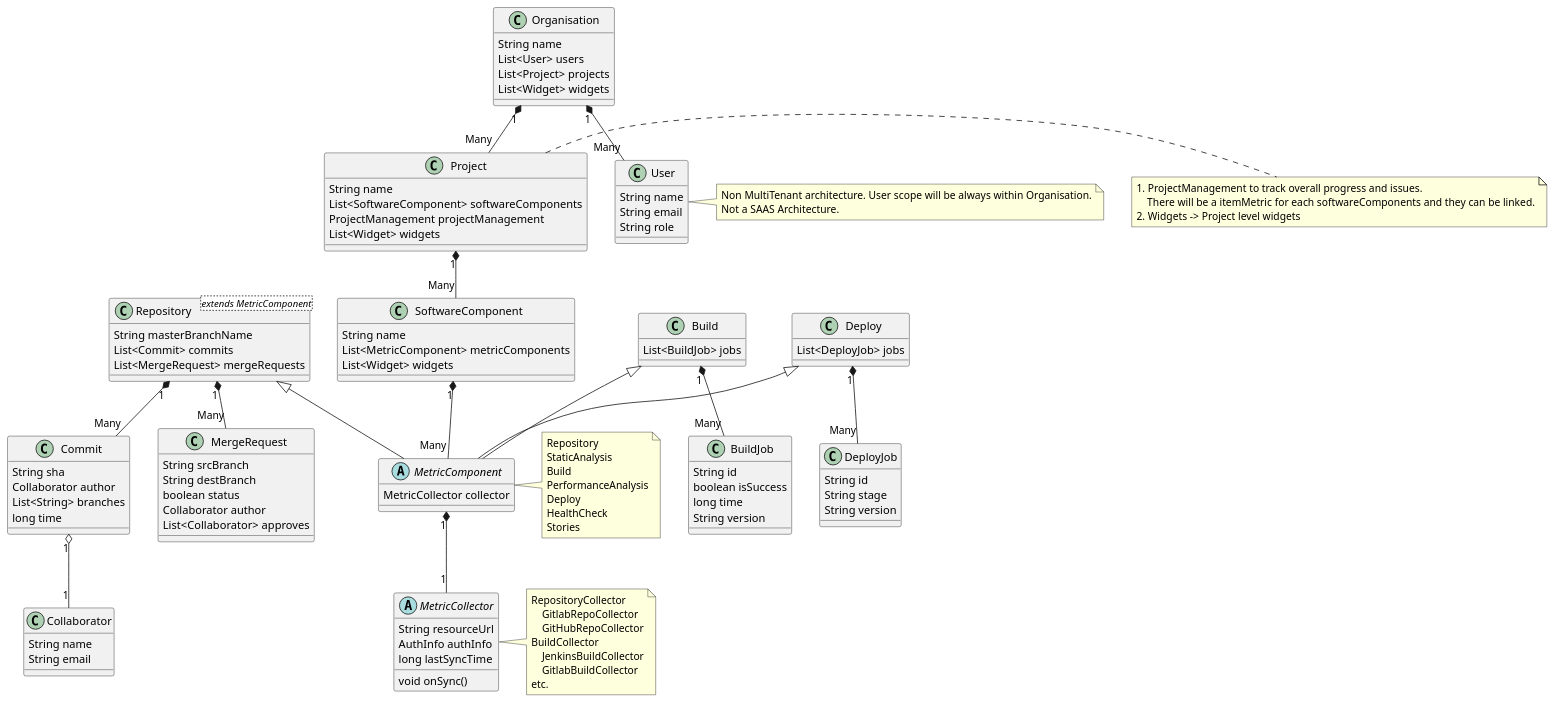
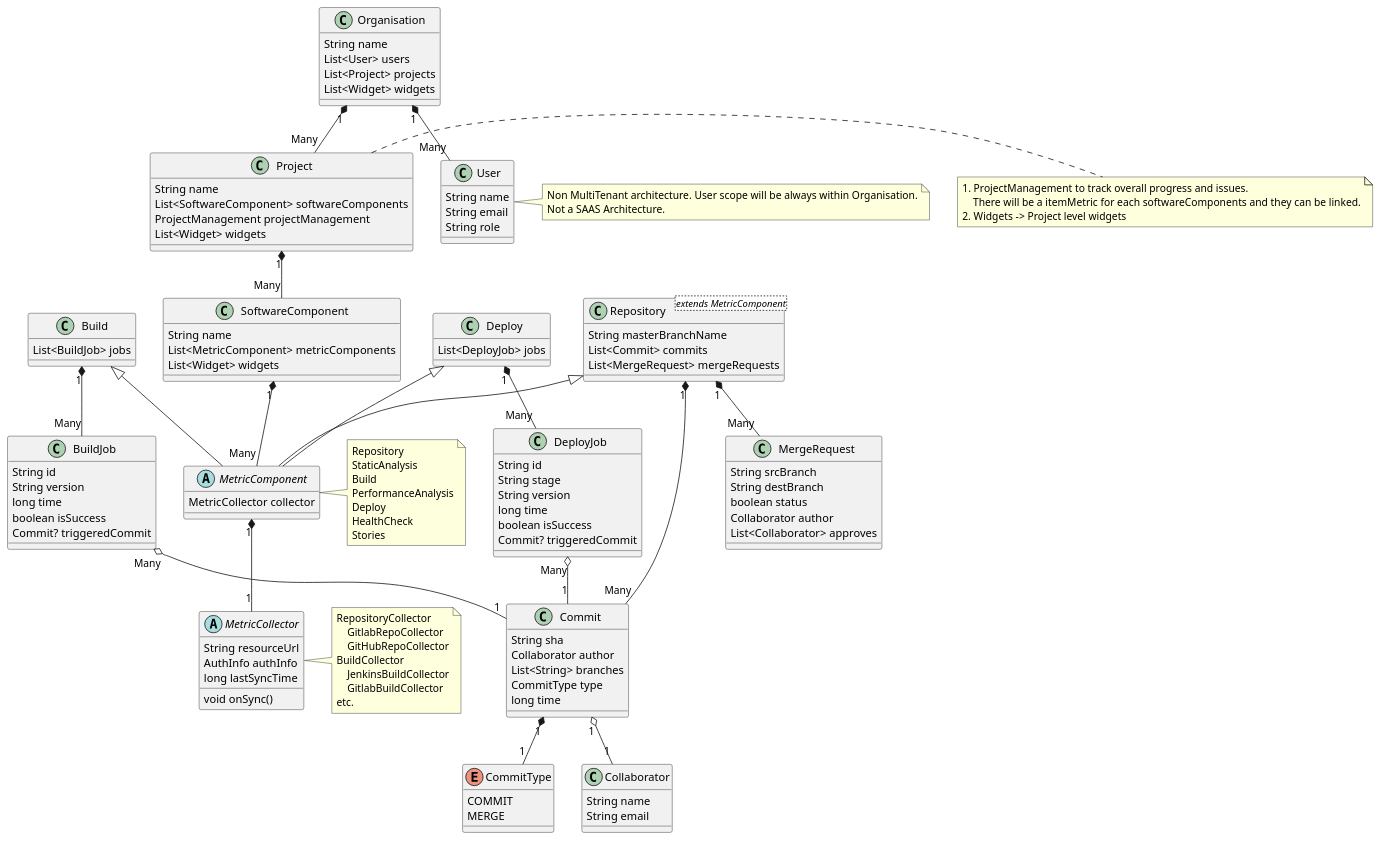
One commit to Hemdaal/Hemdaal changed the diagram in class_diagram.puml. Above: the diagram before and after it, drawn with PlantUML. The commit also changed 1 other file, not shown here.

Commit message:
Updated readme and class diagram

```diff
--- a/class_diagram.puml
+++ b/class_diagram.puml
@@ -1,145 +1,159 @@
 @startuml
 
 class Organisation {
     String name
     List<User> users
     List<Project> projects
     List<Widget> widgets
 }
 
 class User {
     String name
     String email
     String role
 }
 
 note right of User
     Non MultiTenant architecture. User scope will be always within Organisation.
     Not a SAAS Architecture.
 end note
 
 Organisation "1" *-- "Many" User
 
 class Project {
     String name
     List<SoftwareComponent> softwareComponents
     ProjectManagement projectManagement
     List<Widget> widgets
 }
 
 Organisation "1" *-- "Many" Project
 
 note right of Project
     1. ProjectManagement to track overall progress and issues.
         There will be a itemMetric for each softwareComponents and they can be linked.
     2. Widgets -> Project level widgets
 end note
 
 class SoftwareComponent {
     String name
     List<MetricComponent> metricComponents
     List<Widget> widgets
 }
 
 Project "1" *-- "Many" SoftwareComponent
 
 abstract class MetricComponent {
     MetricCollector collector
 }
 
 SoftwareComponent "1" *-- "Many" MetricComponent
 
 abstract class MetricCollector {
     String resourceUrl
     AuthInfo authInfo
     long lastSyncTime
 
     void onSync()
 }
 
 note right of MetricCollector
     RepositoryCollector
         GitlabRepoCollector
         GitHubRepoCollector
     BuildCollector
         JenkinsBuildCollector
         GitlabBuildCollector
     etc.
 end note
 
 MetricComponent "1" *-- "1" MetricCollector
 
 note right of MetricComponent
     Repository
     StaticAnalysis
     Build
     PerformanceAnalysis
     Deploy
     HealthCheck
     Stories
 end note
 
 class Repository<extends MetricComponent> {
     String masterBranchName
     List<Commit> commits
     List<MergeRequest> mergeRequests
 }
 
 Repository <|-- MetricComponent
 
 class Commit {
     String sha
     Collaborator author
     List<String> branches
+    CommitType type
     long time
 }
 
 Repository "1" *-- "Many" Commit
+
+enum CommitType {
+    COMMIT
+    MERGE
+}
+
+Commit "1" *-- "1" CommitType
 
 class Collaborator {
     String name
     String email
 }
 
 Commit "1" o-- "1" Collaborator
 
 class MergeRequest {
     String srcBranch
     String destBranch
     boolean status
     Collaborator author
     List<Collaborator> approves
 }
 
 Repository "1" *-- "Many" MergeRequest
 
 class Build {
     List<BuildJob> jobs
 }
 
 Build <|-- MetricComponent
 
 class BuildJob {
     String id
+    String version
+    long time
     boolean isSuccess
-    long time
-    String version
+    Commit? triggeredCommit
 }
 
 Build "1" *-- "Many" BuildJob
+BuildJob "Many" o-- "1" Commit
 
 class Deploy {
     List<DeployJob> jobs
 }
 
 Deploy <|-- MetricComponent
 
 class DeployJob {
     String id
     String stage
     String version
+    long time
+    boolean isSuccess
+    Commit? triggeredCommit
 }
 
 Deploy "1" *-- "Many" DeployJob
+DeployJob "Many" o-- "1" Commit
 
 @enduml
```
